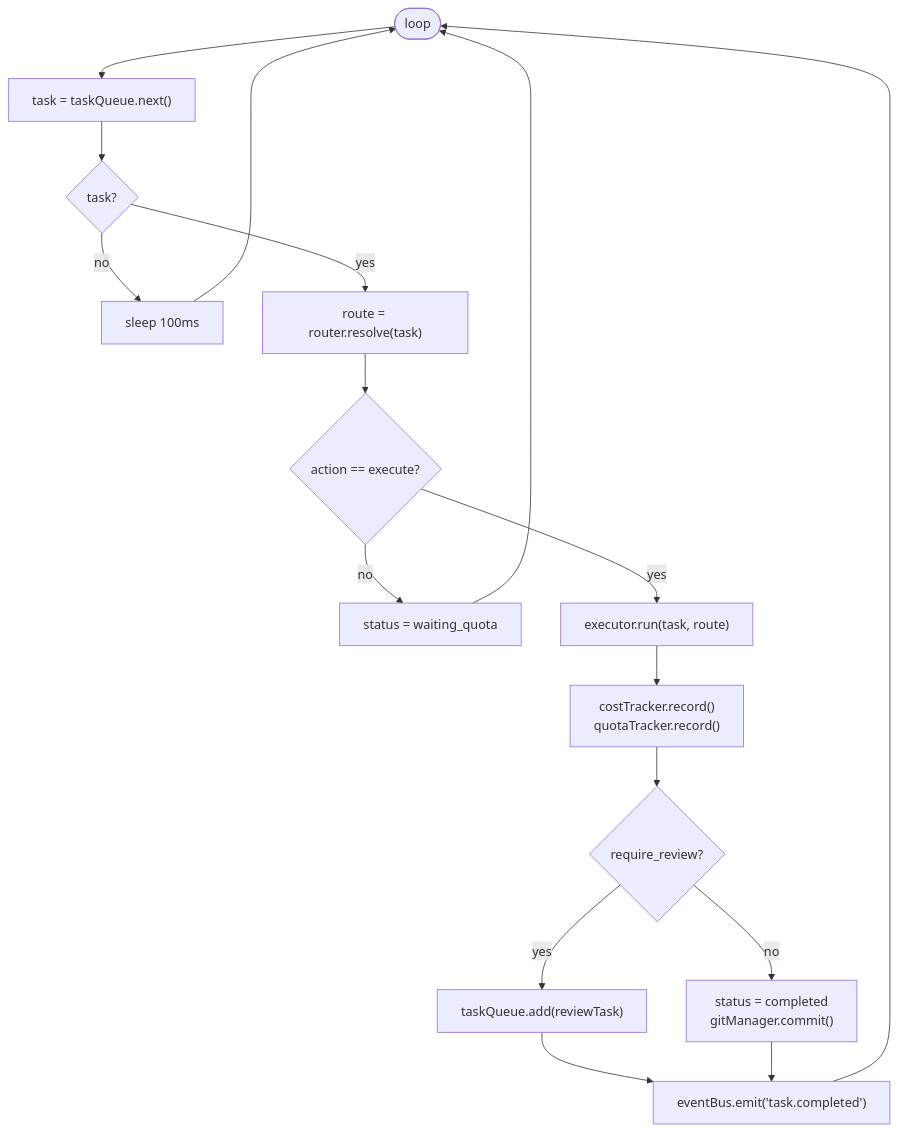
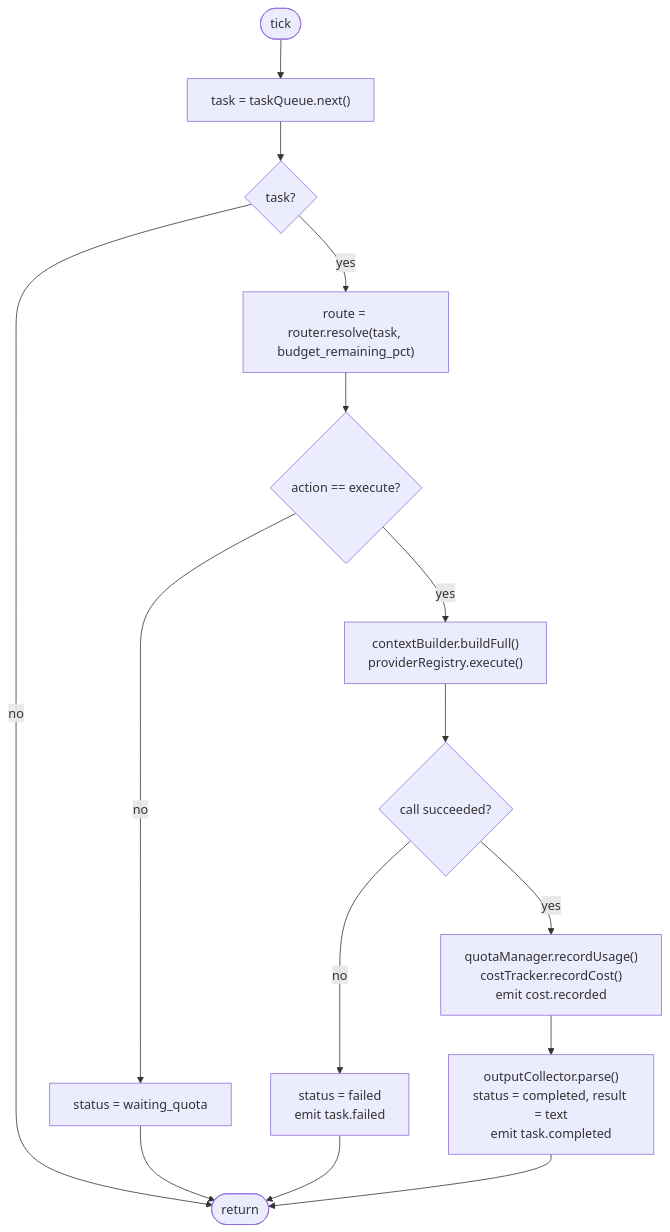
One commit to sinsonido/agentforge changed the second of 5 diagrams in docs/architecture.md. Above: the diagram before and after it, drawn with Mermaid. The commit also changed other lines of this file and 11 other files, not shown here.

````diff
--- a/docs/architecture.md
+++ b/docs/architecture.md
@@ -49,15 +65,14 @@
 ```mermaid
 flowchart TD
-    Start(["loop"]) --> Next["task = taskQueue.next()"]
+    Start(["tick"]) --> Next["task = taskQueue.next()"]
     Next --> HasTask{task?}
-    HasTask -- no --> Sleep["sleep 100ms"] --> Start
-    HasTask -- yes --> Route["route = router.resolve(task)"]
+    HasTask -- no --> End(["return"])
+    HasTask -- yes --> Route["route = router.resolve(task, budget_remaining_pct)"]
     Route --> CanExec{"action == execute?"}
-    CanExec -- no --> Wait["status = waiting_quota"] --> Start
-    CanExec -- yes --> Run["executor.run(task, route)"]
-    Run --> Record["costTracker.record()\nquotaTracker.record()"]
-    Record --> Review{"require_review?"}
-    Review -- yes --> AddReview["taskQueue.add(reviewTask)"] --> Emit
-    Review -- no --> Complete["status = completed\ngitManager.commit()"] --> Emit
-    Emit["eventBus.emit('task.completed')"] --> Start
+    CanExec -- no --> Wait["status = waiting_quota"] --> End
+    CanExec -- yes --> Run["contextBuilder.buildFull()\nproviderRegistry.execute()"]
+    Run --> Ok{"call succeeded?"}
+    Ok -- no --> Fail["status = failed\nemit task.failed"] --> End
+    Ok -- yes --> Record["quotaManager.recordUsage()\ncostTracker.recordCost()\nemit cost.recorded"]
+    Record --> Complete["outputCollector.parse()\nstatus = completed, result = text\nemit task.completed"] --> End
 ```
````
